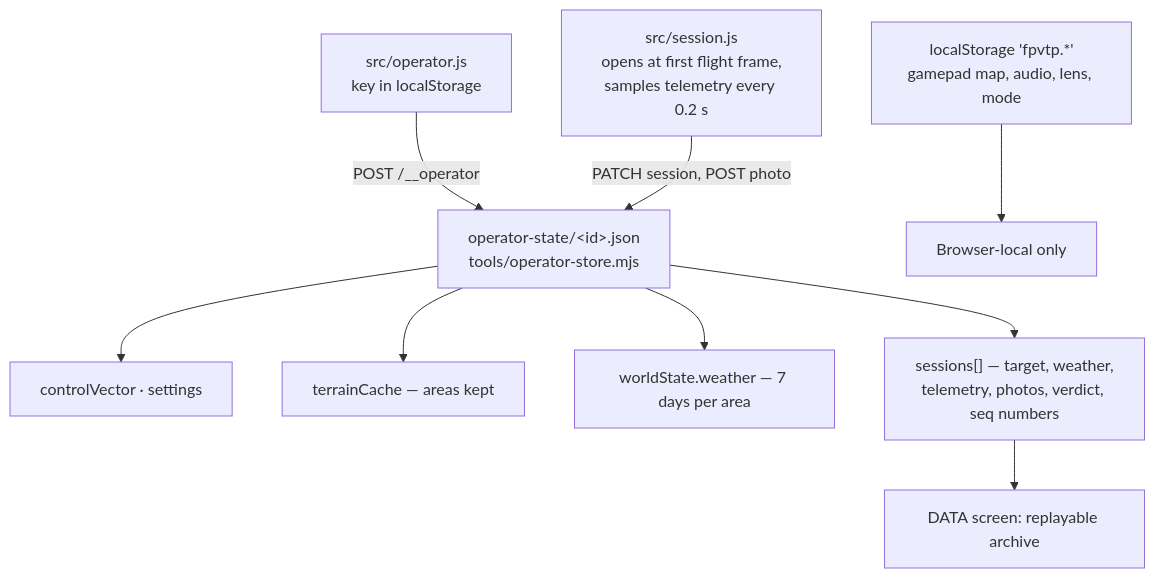
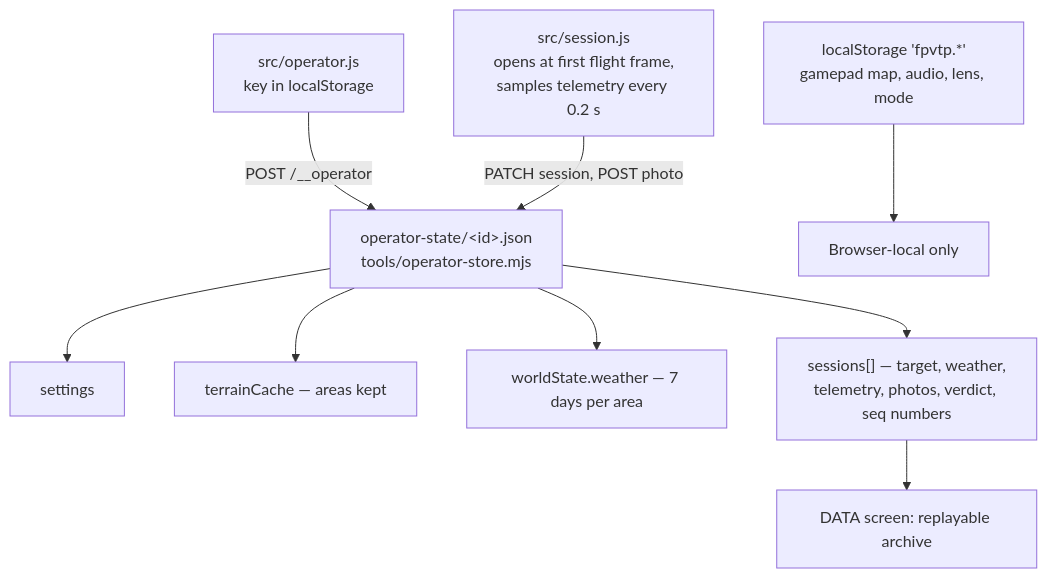
The fifth of 5 diagrams in sim/docs/architecture-diagrams.md (lionrayonnant/FPVThePlanet), drawn with Mermaid before and after one commit. The commit also changed other lines of this file and 6 other files, not shown here.

First line of the commit message:
docs: le CONTROL VECTOR sort de la Bible, de la roadmap et du manuel (#33)

````diff
--- a/sim/docs/architecture-diagrams.md
+++ b/sim/docs/architecture-diagrams.md
@@ -189,12 +189,12 @@
 ```mermaid
 flowchart TD
     OPCLIENT["src/operator.js<br/>key in localStorage"] -->|"POST /__operator"| STORE
     SESSION["src/session.js<br/>opens at first flight frame,<br/>samples telemetry every 0.2 s"] -->|"PATCH session, POST photo"| STORE
     STORE["operator-state/&lt;id&gt;.json<br/>tools/operator-store.mjs"]
-    STORE --> F1["controlVector · settings"]
+    STORE --> F1["settings"]
     STORE --> F2["terrainCache — areas kept"]
     STORE --> F3["worldState.weather — 7 days per area"]
     STORE --> F4["sessions[] — target, weather,<br/>telemetry, photos, verdict, seq numbers"]
     F4 --> DATASCREEN["DATA screen: replayable archive"]
     LS["localStorage 'fpvtp.*'<br/>gamepad map, audio, lens, mode"] --> BROWSERONLY["Browser-local only"]
 ```
````
